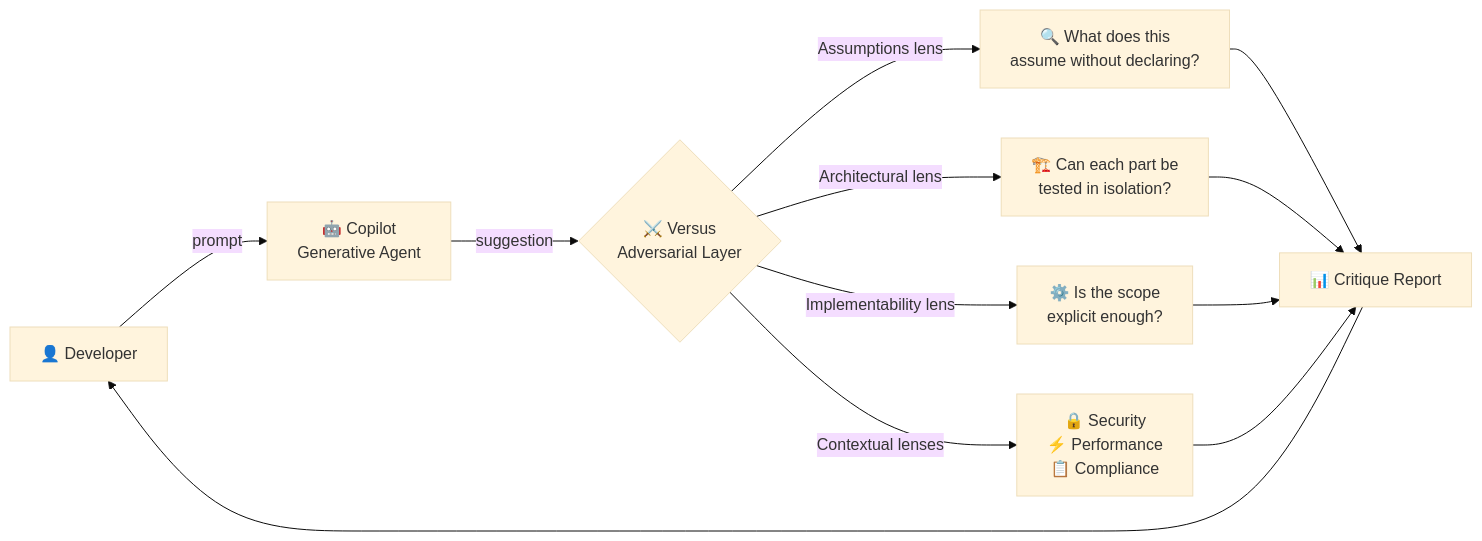
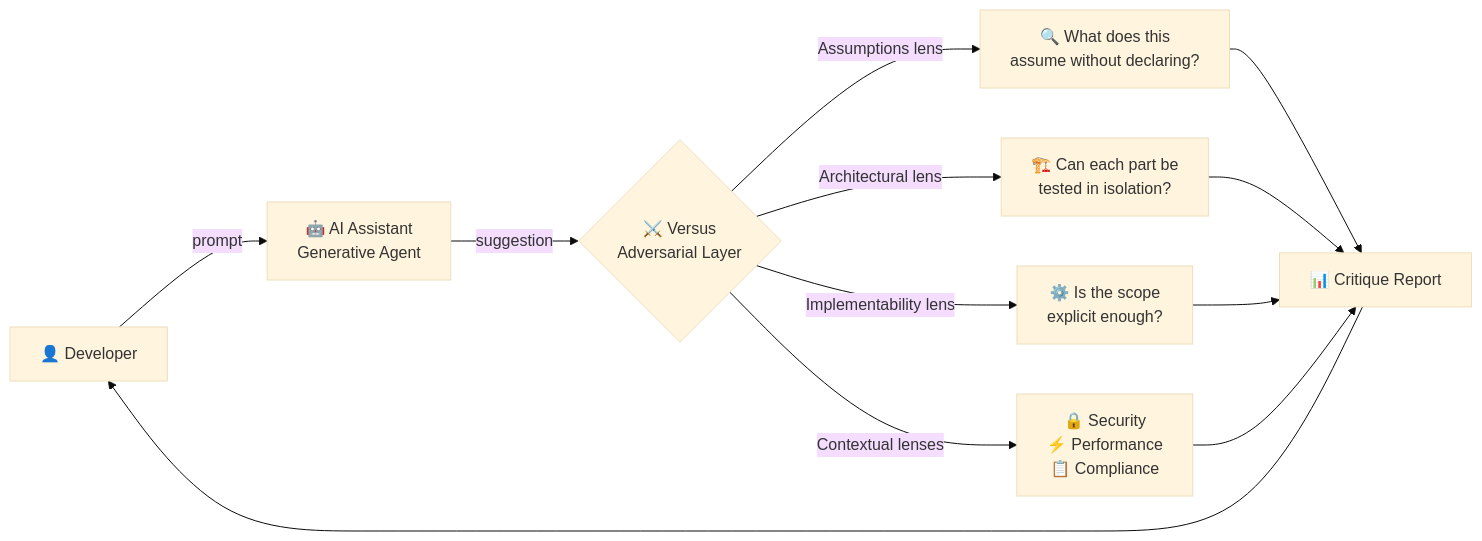
Before and after one commit to jasminemoreira/Versus: the first of 4 diagrams in README.md, drawn with Mermaid (base theme). The commit also changed other lines of this file, not shown here.

First line of the commit message:
Revise README for AI assistant terminology and clarity

````diff
--- a/README.md
+++ b/README.md
@@ -66,11 +76,11 @@
 ```mermaid
 flowchart LR
-    A[👤 Developer] -->|prompt| B["🤖 Copilot<br/>Generative Agent"]
+    A[👤 Developer] -->|prompt| B["🤖 AI Assistant<br/>Generative Agent"]
     B -->|suggestion| C{"⚔️ Versus<br/>Adversarial Layer"}
     C -->|Assumptions lens| D["🔍 What does this<br/>assume without declaring?"]
     C -->|Architectural lens| E["🏗️ Can each part be<br/>tested in isolation?"]
     C -->|Implementability lens| F["⚙️ Is the scope<br/>explicit enough?"]
     C -->|Contextual lenses| G["🔒 Security<br/>⚡ Performance<br/>📋 Compliance"]
     D & E & F & G --> H[📊 Critique Report]
     H --> A
 ```
````
